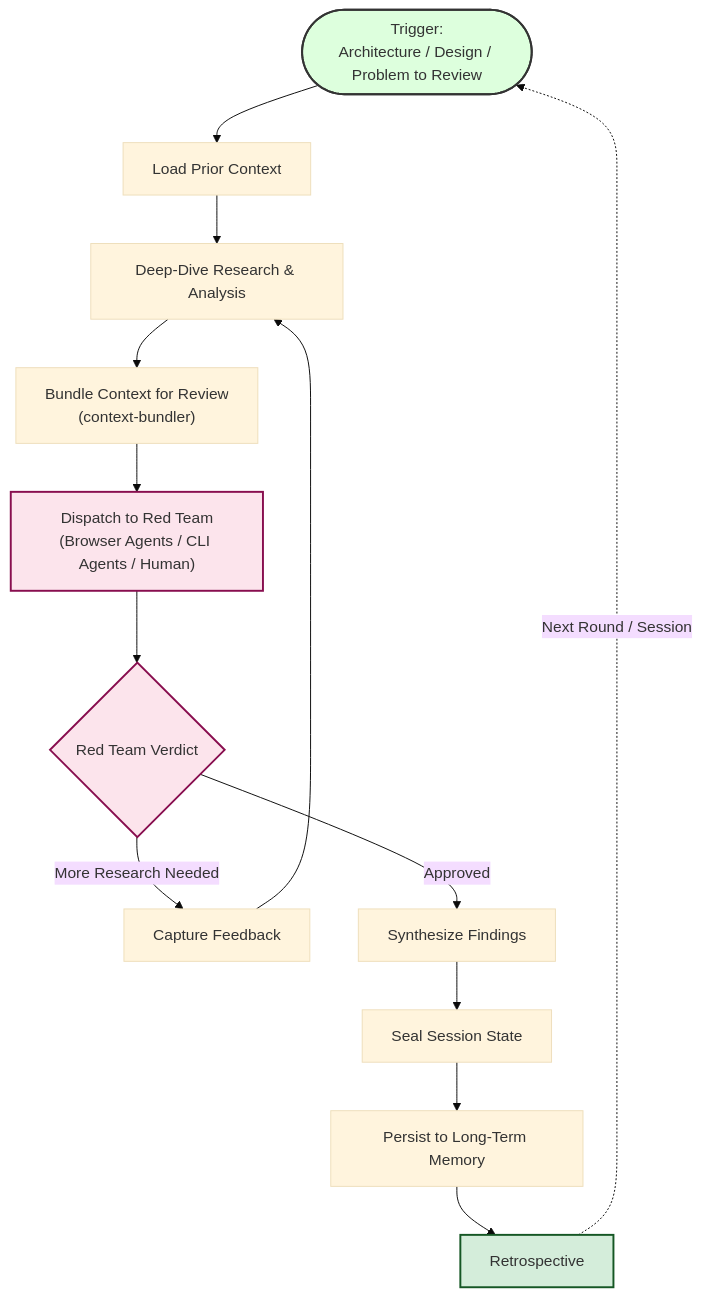
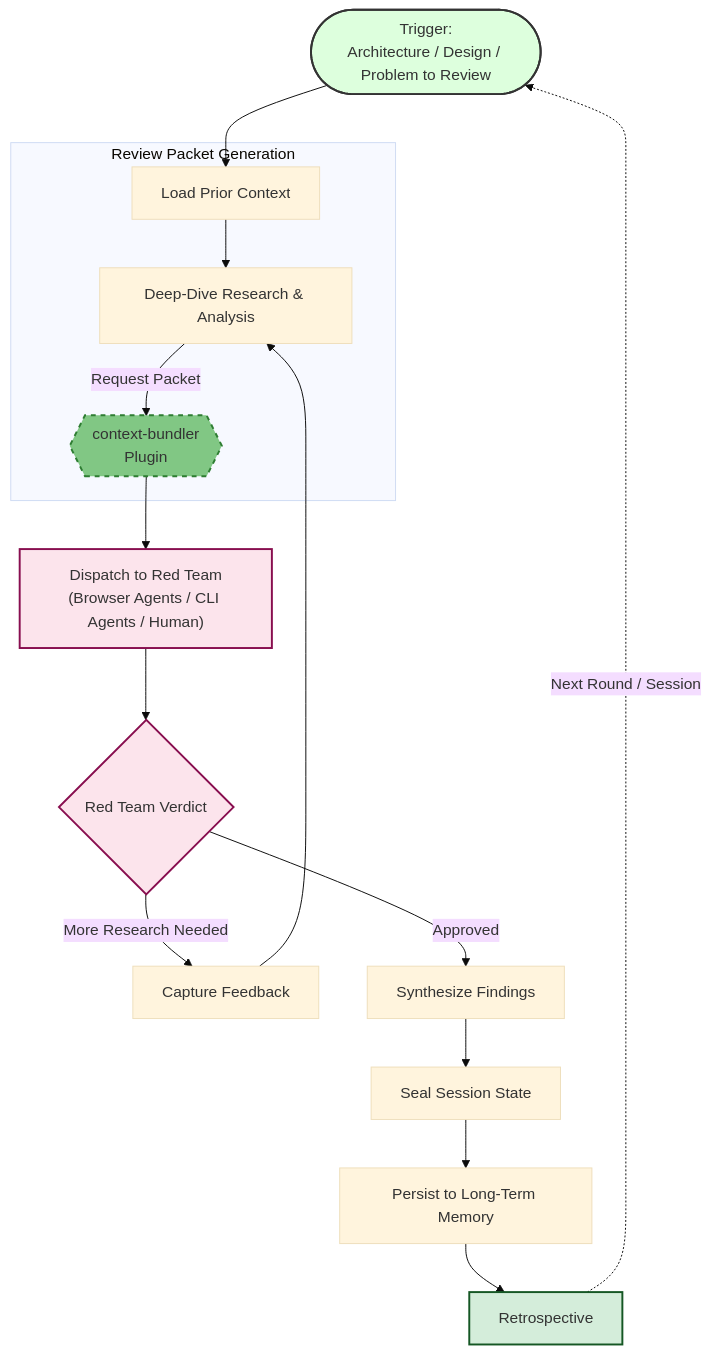
The diagram in plugins/agent-loops/resources/diagrams/red_team_review_loop.mmd (richfrem/Project_Sanctuary), drawn with Mermaid before and after one commit.

Commit message:
docs(diagrams): explicitly model context-bundler dependency in red team review loop architecture

```diff
--- a/plugins/agent-loops/resources/diagrams/red_team_review_loop.mmd
+++ b/plugins/agent-loops/resources/diagrams/red_team_review_loop.mmd
@@ -1,30 +1,38 @@
 ---
 config:
   theme: base
 ---
 
 %% Pattern 2: Red Team Review Loop
 %% Orchestrated research with iterative adversarial review rounds.
 %% Location: resources/diagrams/red_team_review_loop.mmd
 
 flowchart TB
     Start(["Trigger:<br>Architecture / Design / Problem to Review"])
     Start --> Orient["Load Prior Context"]
-    Orient --> Research["Deep-Dive Research & Analysis"]
-    Research --> Bundle["Bundle Context for Review<br>(context-bundler)"]
-    Bundle --> Dispatch["Dispatch to Red Team<br>(Browser Agents / CLI Agents / Human)"]
+    
+    subgraph Execution["Review Packet Generation"]
+        Research["Deep-Dive Research & Analysis"]
+        Bundler{{"context-bundler<br>Plugin"}}
+        
+        Orient --> Research
+        Research -->|Request Packet| Bundler
+    end
+    
+    Bundler --> Dispatch["Dispatch to Red Team<br>(Browser Agents / CLI Agents / Human)"]
 
     Dispatch --> Review{"Red Team Verdict"}
     Review -- "More Research Needed" --> Feedback["Capture Feedback"]
     Feedback --> Research
     Review -- "Approved" --> Synthesize["Synthesize Findings"]
 
     Synthesize --> Seal["Seal Session State"]
     Seal --> Persist["Persist to Long-Term Memory"]
     Persist --> Retro["Retrospective"]
     Retro -.->|"Next Round / Session"| Start
 
     style Start fill:#dfd,stroke:#333,stroke-width:2px
     style Review fill:#fce4ec,stroke:#880e4f,stroke-width:2px
     style Dispatch fill:#fce4ec,stroke:#880e4f,stroke-width:2px
     style Retro fill:#d4edda,stroke:#155724,stroke-width:2px
+    style Bundler fill:#81c784,stroke:#2e7d32,stroke-width:2px,stroke-dasharray: 5 5
```
